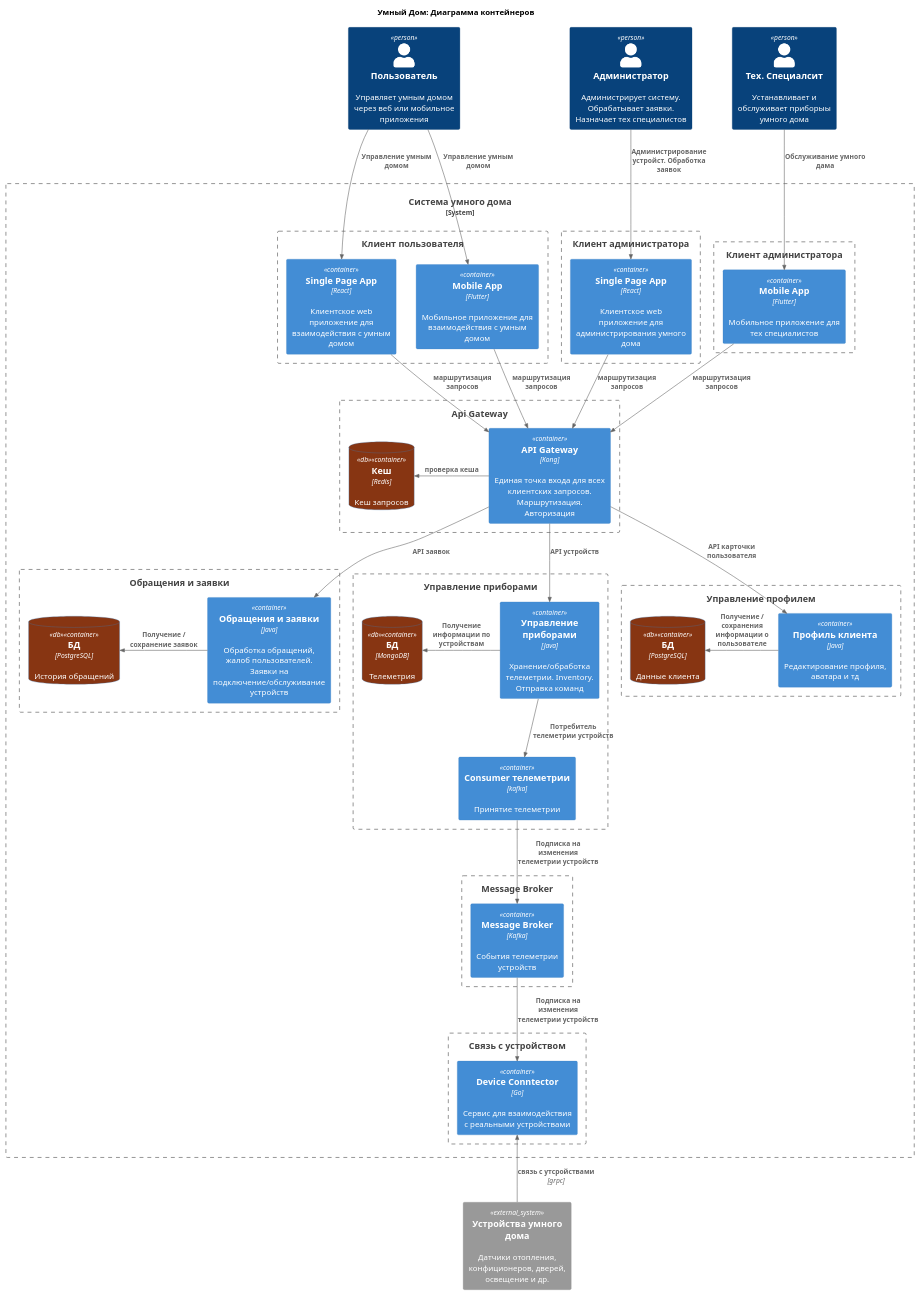
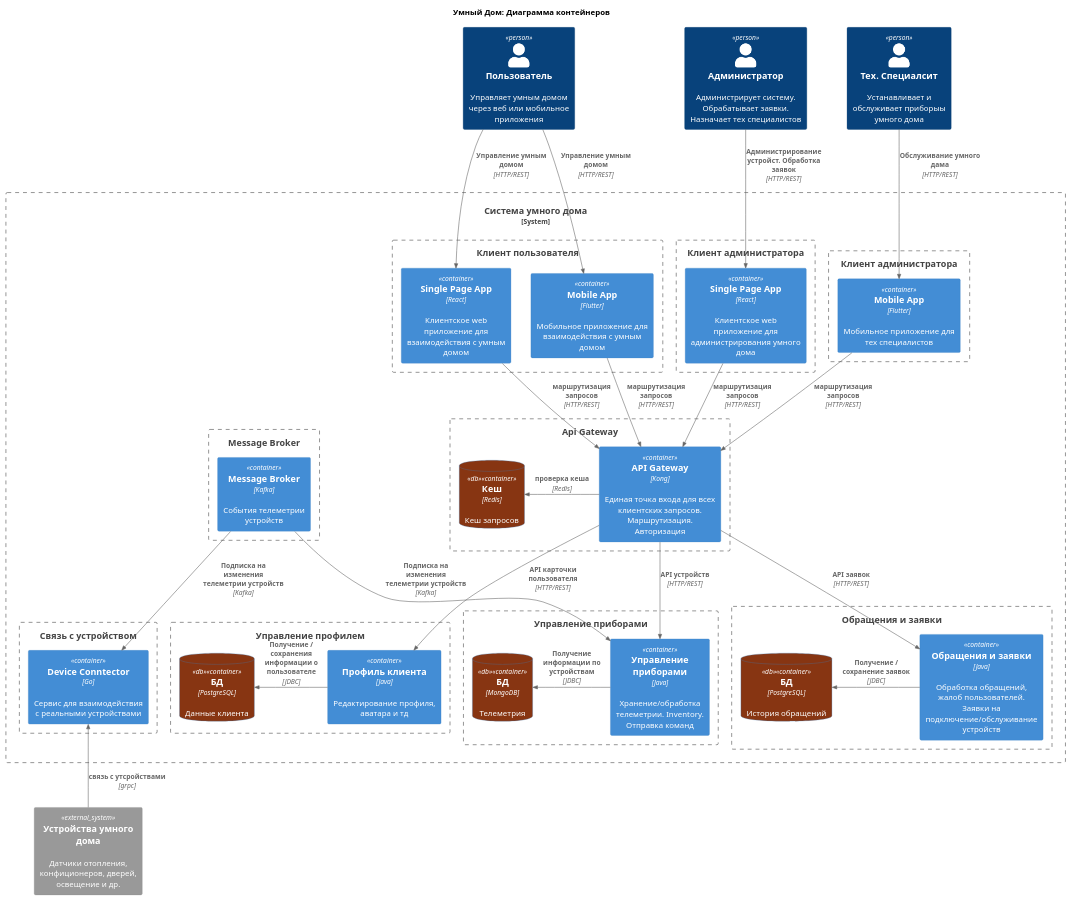
Before and after one commit to gushinyakov/architecture-sprint-3: the diagram in docs/diagram/tobe_container.puml, drawn with PlantUML. The commit also changed 4 other files, not shown here.

Commit message:
Исправил замечания по схемам

```diff
--- a/docs/diagram/tobe_container.puml
+++ b/docs/diagram/tobe_container.puml
@@ -1,92 +1,90 @@
 @startuml
 !include https://raw.githubusercontent.com/plantuml-stdlib/C4-PlantUML/master/C4_Container.puml
 
 title "Умный Дом: Диаграмма контейнеров"
 
 AddElementTag("db", $bgColor="#873512")
 
 Person(user, "Пользователь", "Управляет умным домом через веб или мобильное приложения")
 Person(admin, "Администратор", "Администрирует систему. Обрабатывает заявки. Назначает тех специалистов")
 Person(tech, "Тех. Специалсит", "Устанавливает и обслуживает приборыы умного дома")
 
 System_Boundary("SmartHomeSystem", "Система умного дома") {
     Boundary("ClientUser", "Клиент пользователя") {
         Container(clientUserWeb, "Single Page App", "React", "Клиентское web приложение для взаимодействия с умным домом")
         Container(clientUserMobile, "Mobile App", "Flutter", "Мобильное приложение для взаимодействия с умным домом")
     }
     Boundary("ClientAdmin", "Клиент администратора") {
         Container(clientAdminWeb, "Single Page App", "React", "Клиентское web приложение для администрирования умного дома")
     }
     Boundary("ClientTech", "Клиент администратора") {
         Container(clientTechMobile, "Mobile App", "Flutter", "Мобильное приложение для тех специалистов")
     }
 
     Boundary("Gateway", "Api Gateway") {
         Container(apiGateway, "API Gateway", "Kong", "Единая точка входа для всех клиентских запросов. Маршрутизация. Авторизация")
         ContainerDb(cache, "Кеш", "Redis", "Кеш запросов", $tags="db")
     }
 
     Boundary("ApealAndSupport", "Обращения и заявки") {
         Container(appealAndSupport, "Обращения и заявки", "Java", "Обработка обращений, жалоб пользователей. Заявки на подключение/обслуживание устройств")
         ContainerDb(appealAndSupportDb, "БД", "PostgreSQL", "История обращений", $tags="db")
     }
 
     Boundary("User", "Управление профилем") {
         Container(userProfile, "Профиль клиента", "Java", "Редактирование профиля, аватара и тд")
         ContainerDb(userProfileDb, "БД", "PostgreSQL", "Данные клиента", $tags="db")
     }
 
     Boundary("Device", "Управление приборами") {
         Container(deviceManager, "Управление приборами", "Java", "Хранение/обработка телеметрии. Inventory. Отправка команд")
         ContainerDb(deviceTelemetryDB, "БД", "MongoDB", "Телеметрия", $tags="db")
-        Container(deviceConsumer, "Consumer телеметрии", "kafka", "Принятие телеметрии")
     }
 
     Boundary("MessageBroker", "Message Broker") {
         Container(messageBroker, "Message Broker", "Kafka", "События телеметрии устройств")
     }
 
     Boundary("DeviceConnector", "Связь с устройством") {
         Container(deviceConnector, "Device Conntector", "Go", "Сервис для взаимодействия с реальными устройствами")
     }
 
 }
 
 System_Ext(devices, "Устройства умного дома", "Датчики отопления, конфиционеров, дверей, освещение и др.")
 
 ' Взимодействие пользователей с приложением
-Rel_Down(user, clientUserWeb, "Управление умным домом")
-Rel_Down(user, clientUserMobile, "Управление умным домом")
-Rel_Down(admin, clientAdminWeb, "Администрирование устройст. Обработка заявок")
-Rel_Down(tech, clientTechMobile, "Обслуживание умного дама")
+Rel_Down(user, clientUserWeb, "Управление умным домом", "HTTP/REST")
+Rel_Down(user, clientUserMobile, "Управление умным домом", "HTTP/REST")
+Rel_Down(admin, clientAdminWeb, "Администрирование устройст. Обработка заявок", "HTTP/REST")
+Rel_Down(tech, clientTechMobile, "Обслуживание умного дама", "HTTP/REST")
 
 ' Взимодействие gateway
-Rel_Down(clientUserWeb,apiGateway, "маршрутизация запросов")
-Rel_Down(clientUserMobile, apiGateway, "маршрутизация запросов")
-Rel_Down(clientAdminWeb, apiGateway, "маршрутизация запросов")
-Rel_Down(clientTechMobile, apiGateway, "маршрутизация запросов")
-Rel_Left(apiGateway, cache, "проверка кеша")
+Rel_Down(clientUserWeb, apiGateway, "маршрутизация запросов", "HTTP/REST")
+Rel_Down(clientUserMobile, apiGateway, "маршрутизация запросов", "HTTP/REST")
+Rel_Down(clientAdminWeb, apiGateway, "маршрутизация запросов", "HTTP/REST")
+Rel_Down(clientTechMobile, apiGateway, "маршрутизация запросов", "HTTP/REST")
+Rel_Left(apiGateway, cache, "проверка кеша", "Redis")
 
 ' Обращения и заявки
-Rel_Down(apiGateway, appealAndSupport, "API заявок")
-Rel_Left(appealAndSupport, appealAndSupportDb, "Получение / сохранение заявок")
+Rel_Down(apiGateway, appealAndSupport, "API заявок", "HTTP/REST")
+Rel_Left(appealAndSupport, appealAndSupportDb, "Получение / сохранение заявок", "JDBC")
 
 ' Управление приборами
-Rel_Down(apiGateway, deviceManager, "API устройств")
-Rel_Left(deviceManager, deviceTelemetryDB, "Получение информации по устройствам")
-Rel_Down(deviceManager, deviceConsumer, "Потребитель телеметрии устройств")
+Rel_Down(apiGateway, deviceManager, "API устройств",  "HTTP/REST")
+Rel_Left(deviceManager, deviceTelemetryDB, "Получение информации по устройствам", "JDBC")
 
 ' Message Broker
-Rel_Down(deviceConsumer, messageBroker, "Подписка на изменения телеметрии устройств")
+Rel_Down(messageBroker, deviceManager, "Подписка на изменения телеметрии устройств", "Kafka")
 
 
 ' Связь с устройством
-Rel_Down(messageBroker, deviceConnector, "Подписка на изменения телеметрии устройств")
+Rel_Down(messageBroker, deviceConnector, "Подписка на изменения телеметрии устройств", "Kafka")
 Rel_Up(devices, deviceConnector, "связь с утсройствами", "grpc")
 
 ' Управление профилем
-Rel_Down(apiGateway, userProfile, "API карточки пользователя")
-Rel_Left(userProfile, userProfileDb, "Получение / сохранения информации о пользователе")
+Rel_Down(apiGateway, userProfile, "API карточки пользователя", "HTTP/REST")
+Rel_Left(userProfile, userProfileDb, "Получение / сохранения информации о пользователе", "JDBC")
 
 
 @enduml
```
